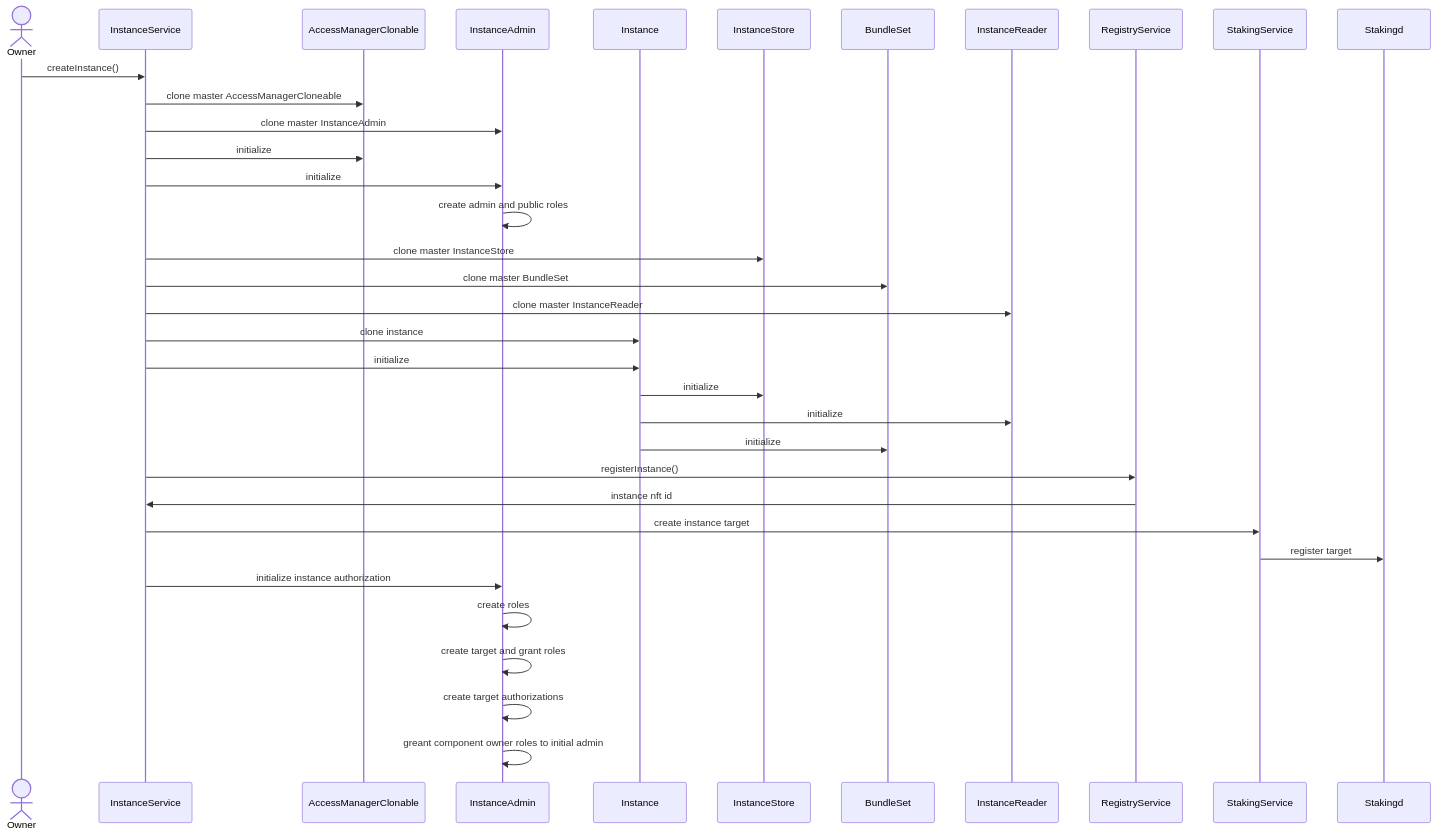
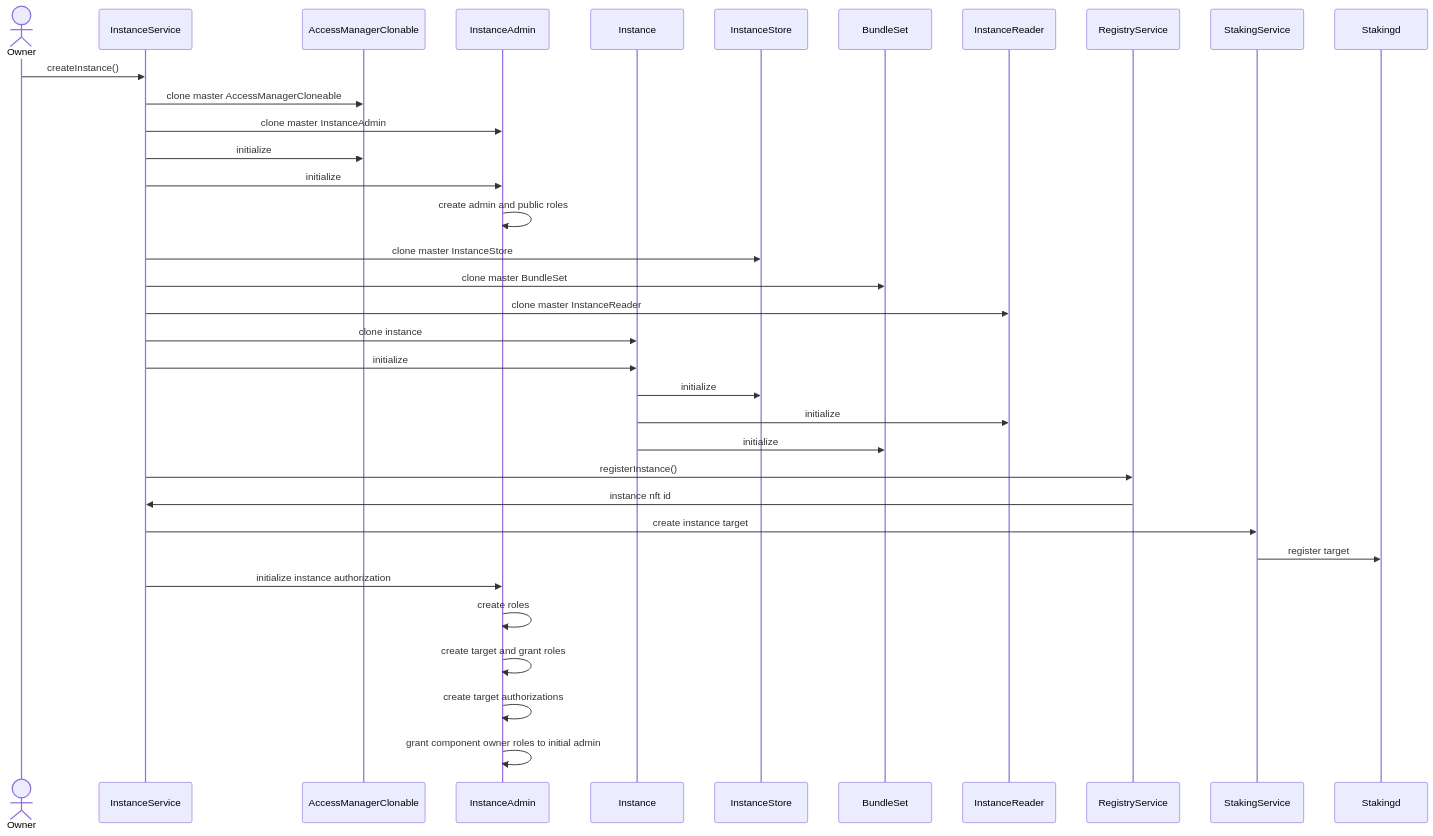
Before and after one commit to etherisc/gif-next: the diagram in docs_manual/instance.md, drawn with Mermaid.

````diff
--- a/docs_manual/instance.md
+++ b/docs_manual/instance.md
@@ -5,38 +5,38 @@
 ```mermaid
 sequenceDiagram
     actor O as Owner
     participant IS as InstanceService
     participant ACM as AccessManagerClonable
     participant IADM as InstanceAdmin
     participant I as Instance
     participant IST as InstanceStore
     participant BS as BundleSet
     participant IR as InstanceReader
     participant RS as RegistryService
     participant SS as StakingService
     participant S as Stakingd
     
     O ->> IS: createInstance()
     IS ->> ACM: clone master AccessManagerCloneable
     IS ->> IADM: clone master InstanceAdmin
     IS ->> ACM: initialize
     IS ->> IADM: initialize
     IADM ->> IADM: create admin and public roles
     IS ->> IST: clone master InstanceStore
     IS ->> BS: clone master BundleSet
     IS ->> IR: clone master InstanceReader
     IS ->> I: clone instance
     IS ->> I: initialize
     I ->> IST: initialize
     I ->> IR: initialize
     I ->> BS: initialize
     IS ->> RS: registerInstance()
     RS ->> IS: instance nft id
     IS ->> SS: create instance target
     SS ->> S: register target
     IS ->> IADM: initialize instance authorization
     IADM ->> IADM: create roles
     IADM ->> IADM: create target and grant roles
     IADM ->> IADM: create target authorizations
-    IADM ->> IADM: greant component owner roles to initial admin
+    IADM ->> IADM: grant component owner roles to initial admin
 ```
````
